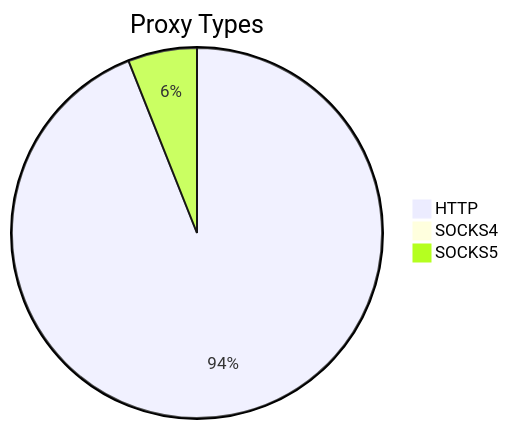
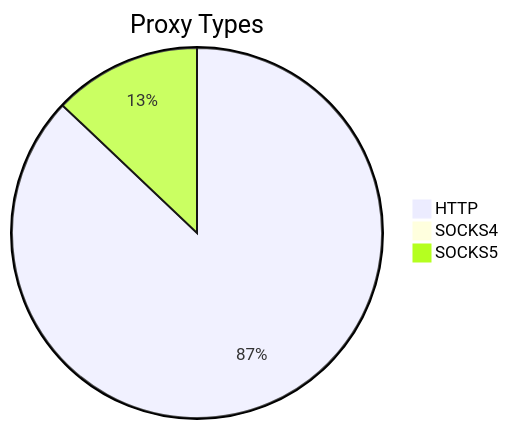
The first of 2 diagrams in README.md (stormsia/proxy-list), drawn with Mermaid before and after one commit. The commit also changed other lines of this file, not shown here.

````diff
--- a/README.md
+++ b/README.md
@@ -21,6 +21,6 @@
 ```mermaid
 pie title Proxy Types
-    "HTTP" : 2183
-    "SOCKS4" : 9
-    "SOCKS5" : 140
+    "HTTP" : 1753
+    "SOCKS4" : 3
+    "SOCKS5" : 260
 ```
````
